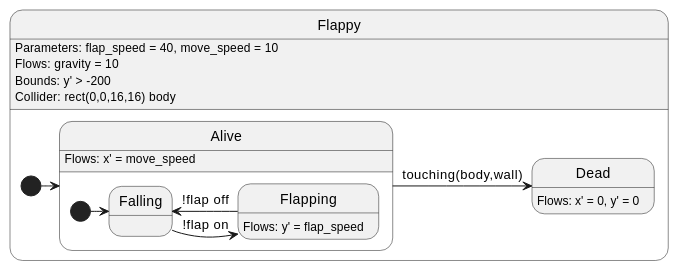
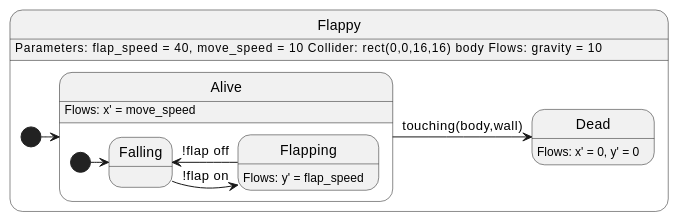
Before and after one commit to JoeOsborn/hyped: the first of 2 diagrams in doc/padl/padl.org, drawn with PlantUML. The commit also changed other lines of this file, not shown here.

```diff
--- a/doc/padl/padl.org
+++ b/doc/padl/padl.org
@@ -319,19 +289,16 @@
-#+begin_src plantuml :file 1-flappy.png
+#+begin_src plantuml :file 1-flappy.png :cache yes
 skinparam monochrome true
 state Flappy {
-  Flappy: Parameters: flap_speed = 40, move_speed = 10
-  Flappy: Flows: gravity = 10
-  Flappy: Bounds: y' > -200
-  Flappy: Collider: rect(0,0,16,16) body
+  Flappy: Parameters: flap_speed = 40, move_speed = 10          Collider: rect(0,0,16,16) body         Flows: gravity = 10
   [*] -right-> Alive
   state Alive {
     Alive: Flows: x' = move_speed
     [*] -right-> Falling
     Flapping: Flows: y' = flap_speed
     Flapping -left-> Falling : !flap off
     Falling -right-> Flapping : !flap on
   }
   Alive -right-> Dead : touching(body,wall)
   Dead: Flows: x' = 0, y' = 0
 }
 #+end_src
```
